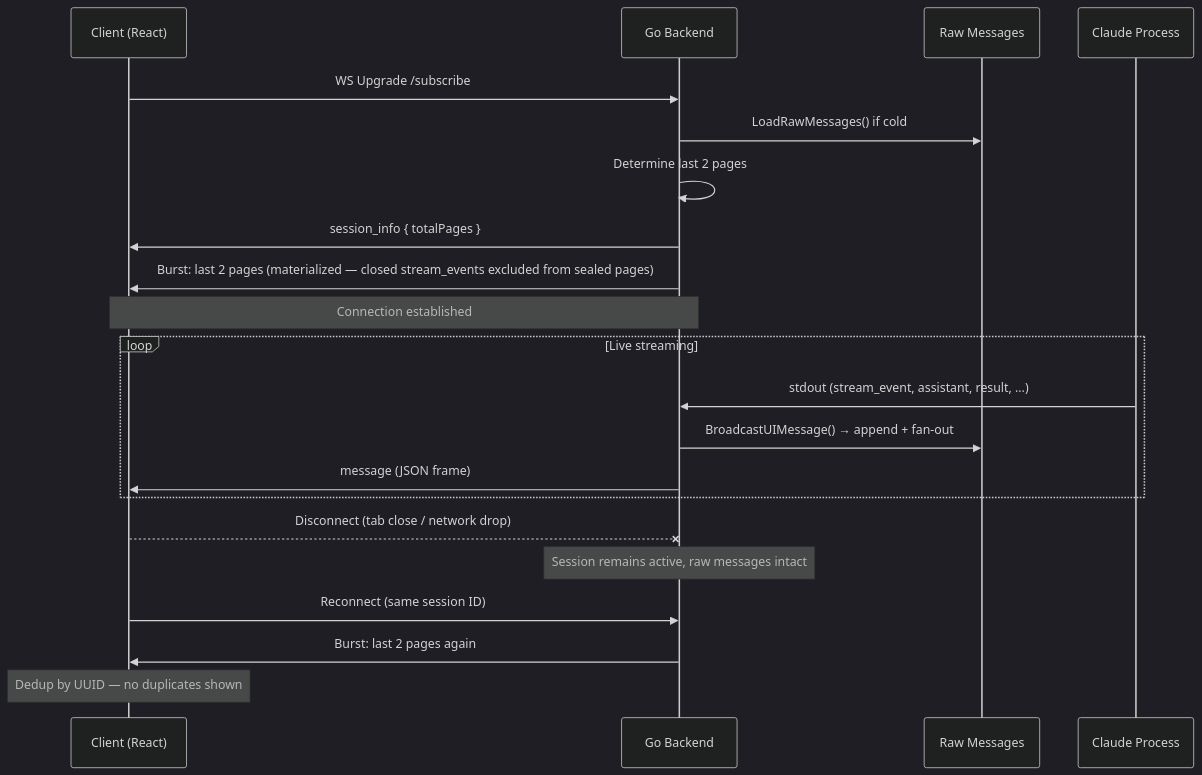
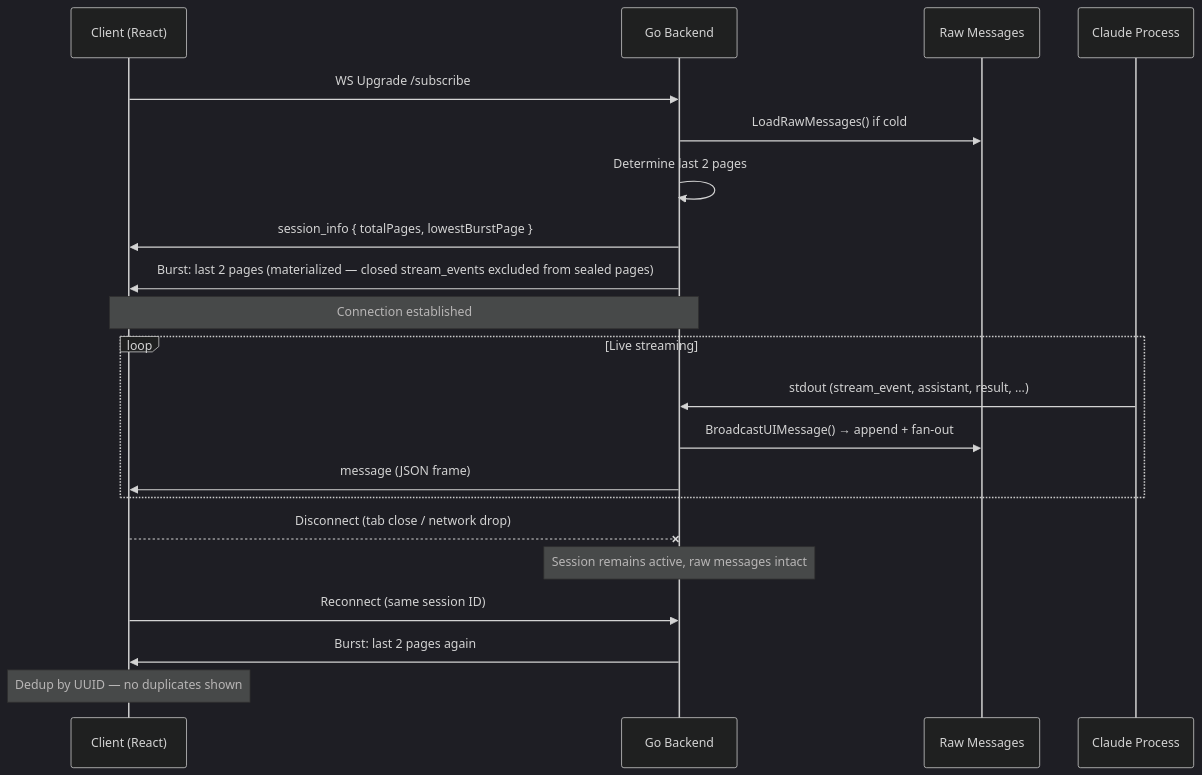
The second of 3 diagrams in src/content/docs/internal/claude-code/session-messages-review.md (xiaoyuanzhu-com/my-life-db-docs), drawn with Mermaid (dark theme) before and after one commit. The commit also changed other lines of this file, not shown here.

First line of the commit message:
docs: add lowestBurstPage to session_info in session messages review

````diff
--- a/src/content/docs/internal/claude-code/session-messages-review.md
+++ b/src/content/docs/internal/claude-code/session-messages-review.md
@@ -164,27 +164,27 @@
 ```mermaid
 sequenceDiagram
     participant C as Client (React)
     participant S as Go Backend
     participant RM as Raw Messages
     participant Proc as Claude Process
 
     C->>S: WS Upgrade /subscribe
     S->>RM: LoadRawMessages() if cold
     S->>S: Determine last 2 pages
-    S->>C: session_info { totalPages }
+    S->>C: session_info { totalPages, lowestBurstPage }
     S->>C: Burst: last 2 pages (materialized — closed stream_events excluded from sealed pages)
     Note over C,S: Connection established
 
     loop Live streaming
         Proc->>S: stdout (stream_event, assistant, result, ...)
         S->>RM: BroadcastUIMessage() → append + fan-out
         S->>C: message (JSON frame)
     end
 
     C--xS: Disconnect (tab close / network drop)
     Note over S: Session remains active, raw messages intact
 
     C->>S: Reconnect (same session ID)
     S->>C: Burst: last 2 pages again
     Note over C: Dedup by UUID — no duplicates shown
 ```
````
